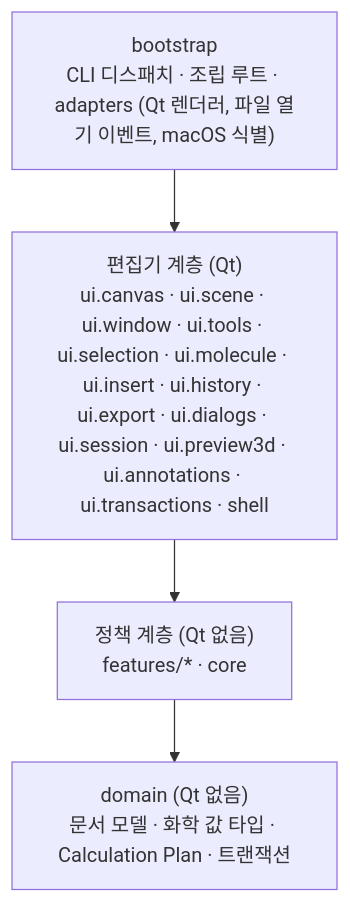
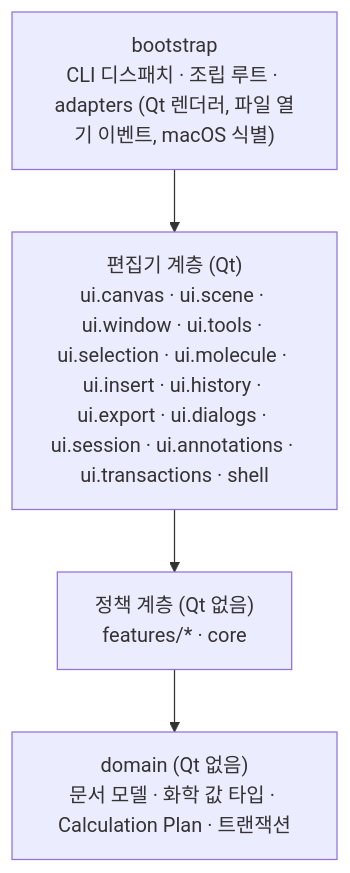
One commit to dhsohn/Chemvas changed the first of 4 diagrams in docs/ARCHITECTURE.ko.md. Above: the diagram before and after it, drawn with Mermaid. The commit also changed other lines of this file and 420 other files, not shown here.

````diff
--- a/docs/ARCHITECTURE.ko.md
+++ b/docs/ARCHITECTURE.ko.md
@@ -16,10 +16,10 @@
 ```mermaid
 flowchart TB
     bootstrap["bootstrap<br/>CLI 디스패치 · 조립 루트 · adapters (Qt 렌더러, 파일 열기 이벤트, macOS 식별)"]
-    editor["편집기 계층 (Qt)<br/>ui.canvas · ui.scene · ui.window · ui.tools · ui.selection · ui.molecule · ui.insert · ui.history · ui.export · ui.dialogs · ui.session · ui.preview3d · ui.annotations · ui.transactions · shell"]
+    editor["편집기 계층 (Qt)<br/>ui.canvas · ui.scene · ui.window · ui.tools · ui.selection · ui.molecule · ui.insert · ui.history · ui.export · ui.dialogs · ui.session · ui.annotations · ui.transactions · shell"]
     policy["정책 계층 (Qt 없음)<br/>features/* · core"]
     domain["domain (Qt 없음)<br/>문서 모델 · 화학 값 타입 · Calculation Plan · 트랜잭션"]
     bootstrap --> editor
     editor --> policy
     policy --> domain
 ```
````
